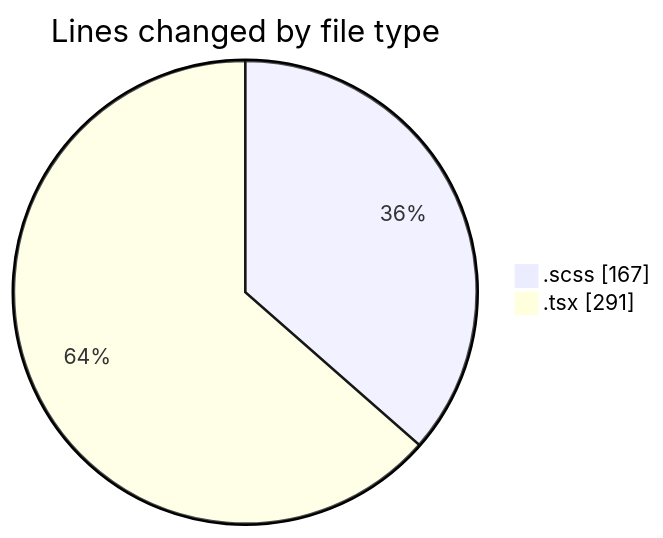
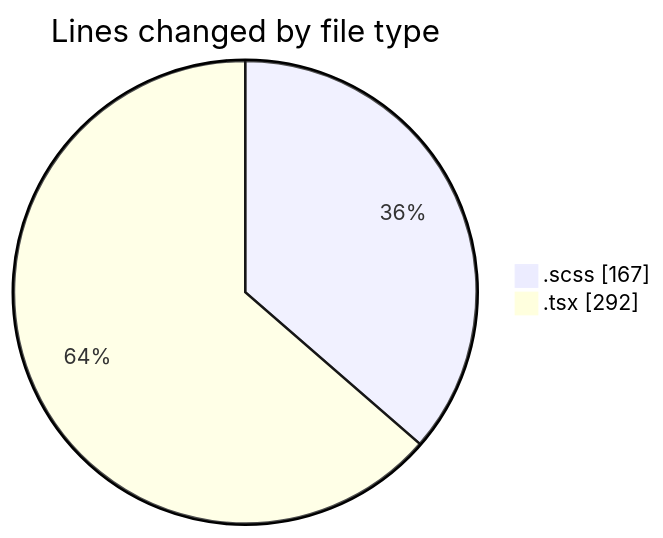
One commit to momahboobian/code-tracking changed the first of 2 diagrams in 2025-07-10/cda/README.md. Above: the diagram before and after it, drawn with Mermaid. The commit also changed other lines of this file and 1 other file, not shown here.

````diff
--- a/2025-07-10/cda/README.md
+++ b/2025-07-10/cda/README.md
@@ -29,6 +29,6 @@
 ```mermaid
 pie showData
 title Lines changed by file type
 ".scss" : 167
-".tsx" : 291
+".tsx" : 292
 ```
````
